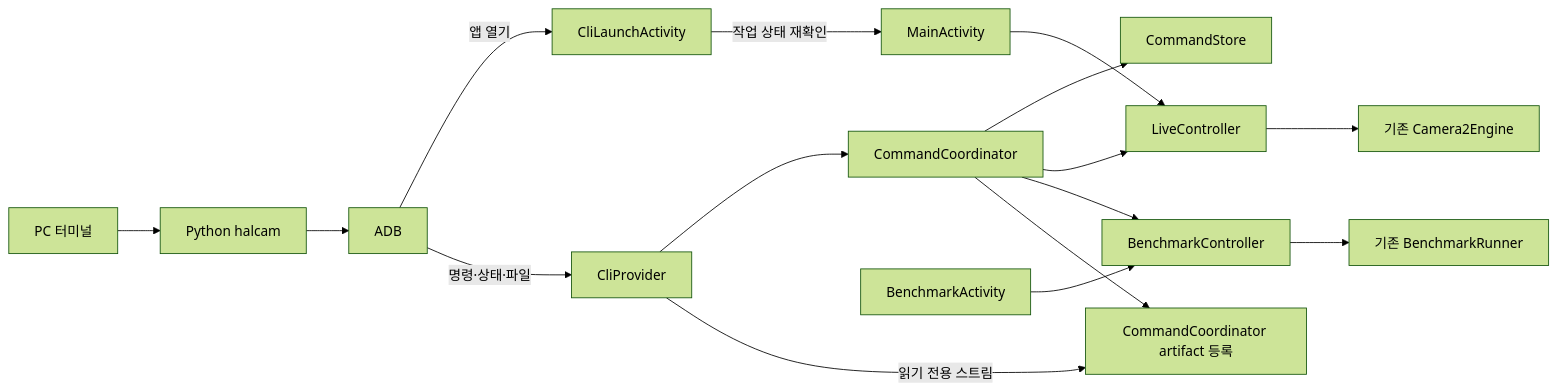
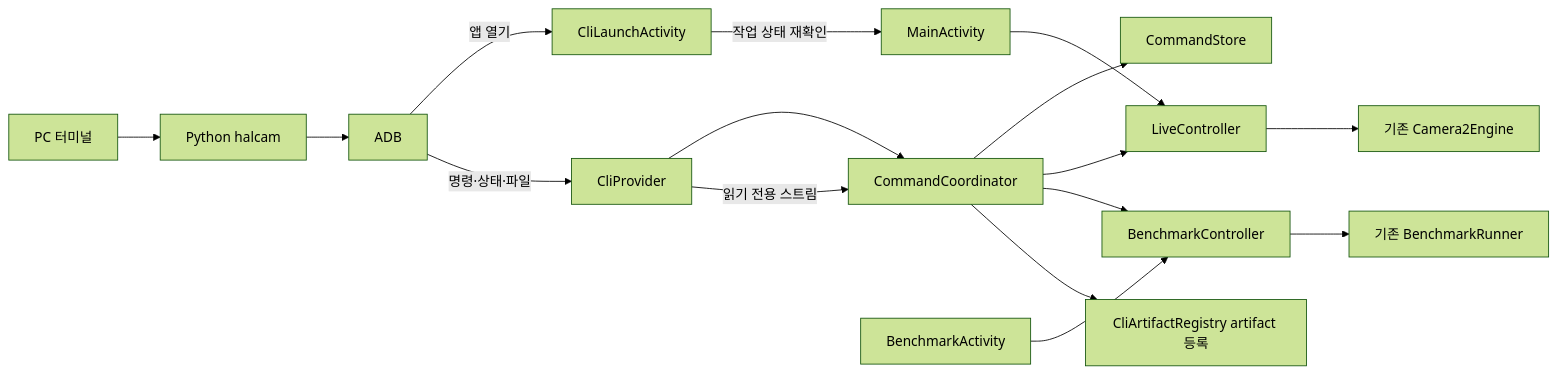
The first of 2 diagrams in docs/design/CLI.md (TTolsun/hal-camera), drawn with Mermaid (forest theme) before and after one commit. The commit also changed other lines of this file and 44 other files, not shown here.

First line of the commit message:
Define CLI commands in one spec table and split the coordinator (#314)

````diff
--- a/docs/design/CLI.md
+++ b/docs/design/CLI.md
@@ -50,18 +50,18 @@
 ```mermaid
 flowchart LR
     U[PC 터미널] --> C[Python halcam]
     C --> A[ADB]
     A -->|앱 열기| G[CliLaunchActivity]
     G -->|작업 상태 재확인| M[MainActivity]
     A -->|명령·상태·파일| P[CliProvider]
     P --> Q[CommandCoordinator]
     Q --> J[CommandStore]
     Q --> L[LiveController]
     Q --> B[BenchmarkController]
     M --> L
     BA[BenchmarkActivity] --> B
     L --> E[기존 Camera2Engine]
     B --> R[기존 BenchmarkRunner]
-    Q --> F[CommandCoordinator artifact 등록]
-    P -->|읽기 전용 스트림| F
+    Q --> F[CliArtifactRegistry artifact 등록]
+    P -->|읽기 전용 스트림| Q
 ```
````
